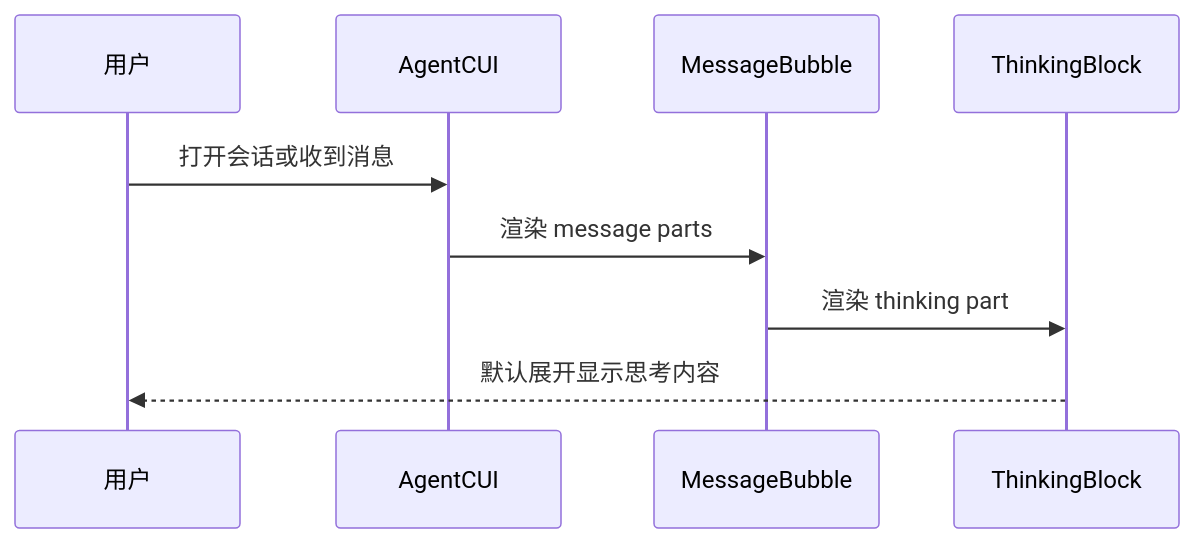
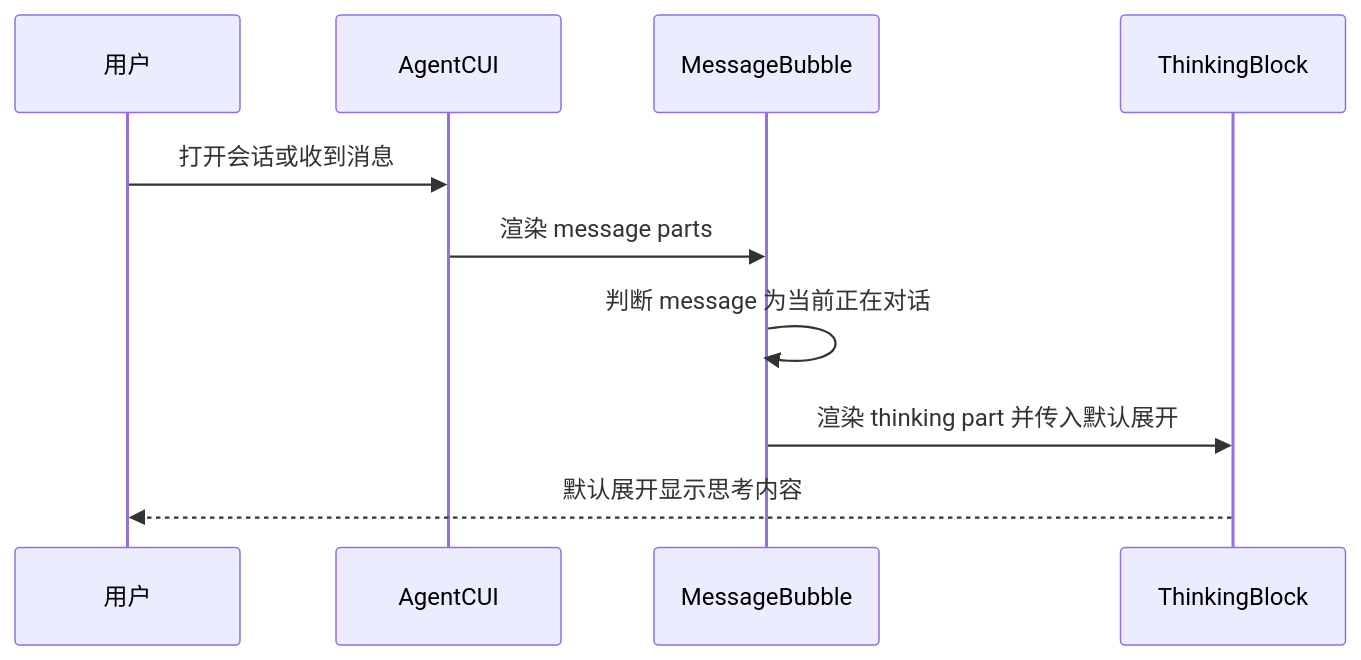
Before and after one commit to Abelsjcheng/skillSDK: the second of 3 diagrams in ai-chat-viewer/docs/plans/2026-06-11-agent-cui-thinking-block-height-plan.md, drawn with Mermaid. The commit also changed other lines of this file and 4 other files, not shown here.

````diff
--- a/ai-chat-viewer/docs/plans/2026-06-11-agent-cui-thinking-block-height-plan.md
+++ b/ai-chat-viewer/docs/plans/2026-06-11-agent-cui-thinking-block-height-plan.md
@@ -52,12 +56,13 @@
 ```mermaid
 sequenceDiagram
     participant User as 用户
     participant Host as AgentCUI
     participant Bubble as MessageBubble
     participant Thinking as ThinkingBlock
 
     User->>Host: 打开会话或收到消息
     Host->>Bubble: 渲染 message parts
-    Bubble->>Thinking: 渲染 thinking part
+    Bubble->>Bubble: 判断 message 为当前正在对话
+    Bubble->>Thinking: 渲染 thinking part 并传入默认展开
     Thinking-->>User: 默认展开显示思考内容
 ```
````
